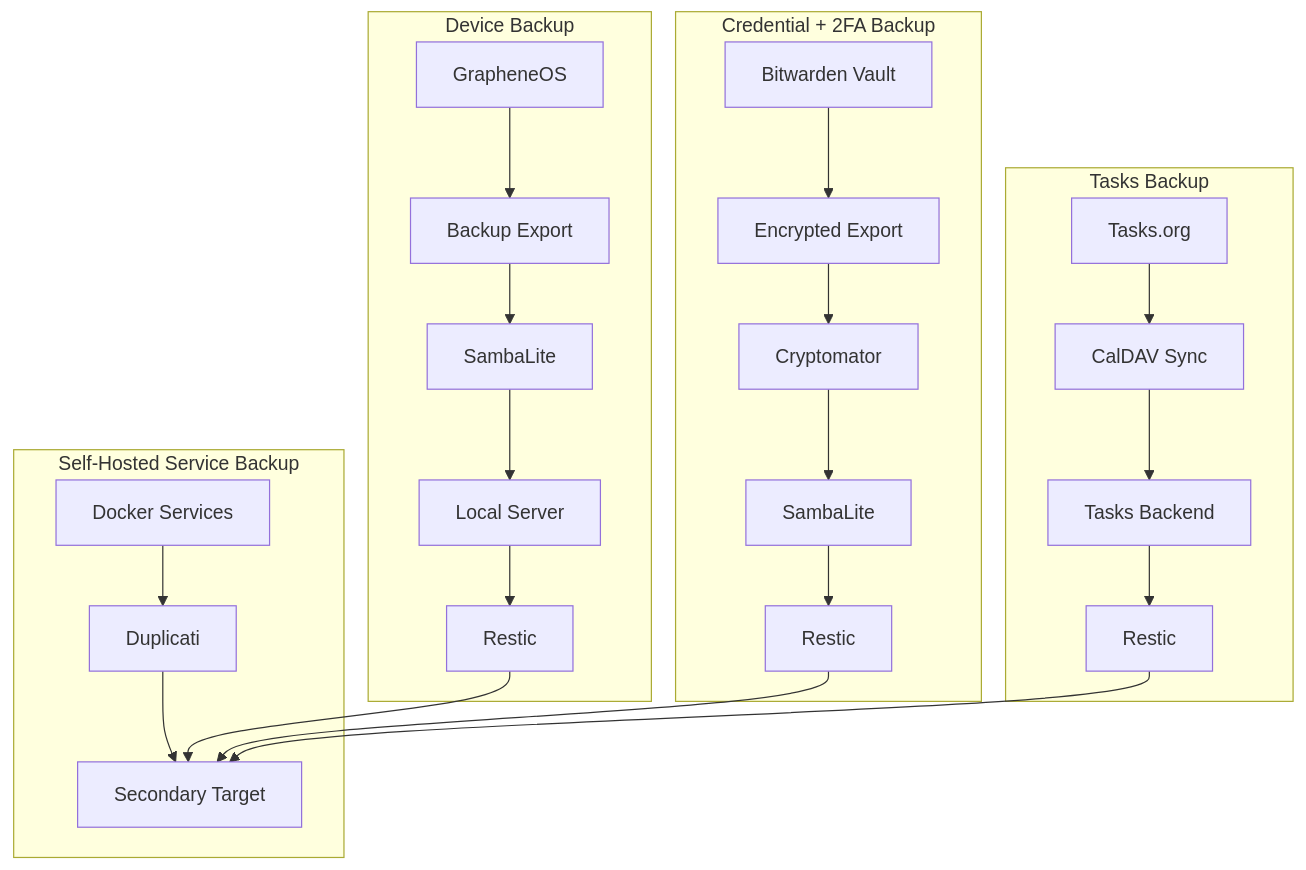
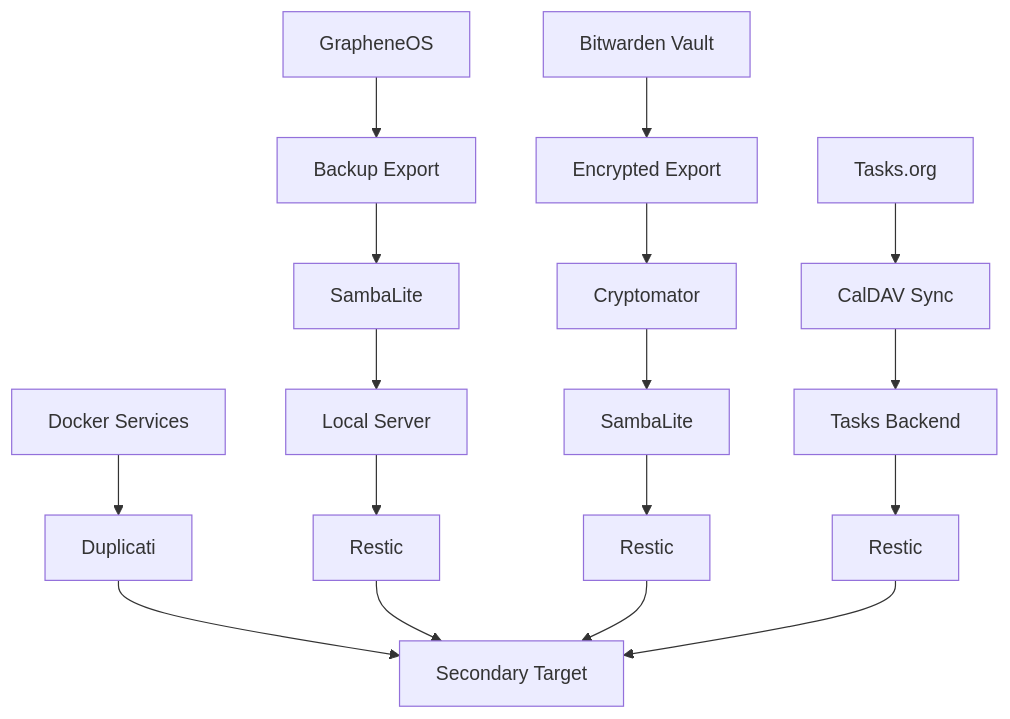
Before and after one commit to Kf1sh27/DeGoogle: the second of 2 diagrams in README.md, drawn with Mermaid. The commit also changed other lines of this file, not shown here.

Commit message:
Add dedicated GrapheneOS security features section

````diff
--- a/README.md
+++ b/README.md
@@ -249,18 +238,10 @@
 ```mermaid
 flowchart TB
-    subgraph DeviceBackup["Device Backup"]
-        GOS2[GrapheneOS] --> BExport[Backup Export] --> Sync1[SambaLite] --> Srv1[Local Server] --> R1[Restic]
-    end
-    subgraph TasksBackup["Tasks Backup"]
-        Tasks[Tasks.org] --> TasksSync[CalDAV Sync] --> TasksServer[Tasks Backend] --> R3[Restic]
-    end
-    subgraph CredBackup["Credential + 2FA Backup"]
-        BW2[Bitwarden Vault] --> BWExport[Encrypted Export] --> Crypto[Cryptomator] --> Sync2[SambaLite] --> R2[Restic]
-    end
-    subgraph ServiceBackup["Self-Hosted Service Backup"]
-        Docker[Docker Services] --> Dup[Duplicati] --> Secondary[Secondary Target]
-    end
+    GOS2[GrapheneOS] --> BExport[Backup Export] --> Sync1[SambaLite] --> Srv1[Local Server] --> R1[Restic]
+    Tasks[Tasks.org] --> TasksSync[CalDAV Sync] --> TasksServer[Tasks Backend] --> R3[Restic]
+    BW2[Bitwarden Vault] --> BWExport[Encrypted Export] --> Crypto[Cryptomator] --> Sync2[SambaLite] --> R2[Restic]
+    Docker[Docker Services] --> Dup[Duplicati] --> Secondary[Secondary Target]
     R1 --> Secondary
     R2 --> Secondary
     R3 --> Secondary
 ```
````
